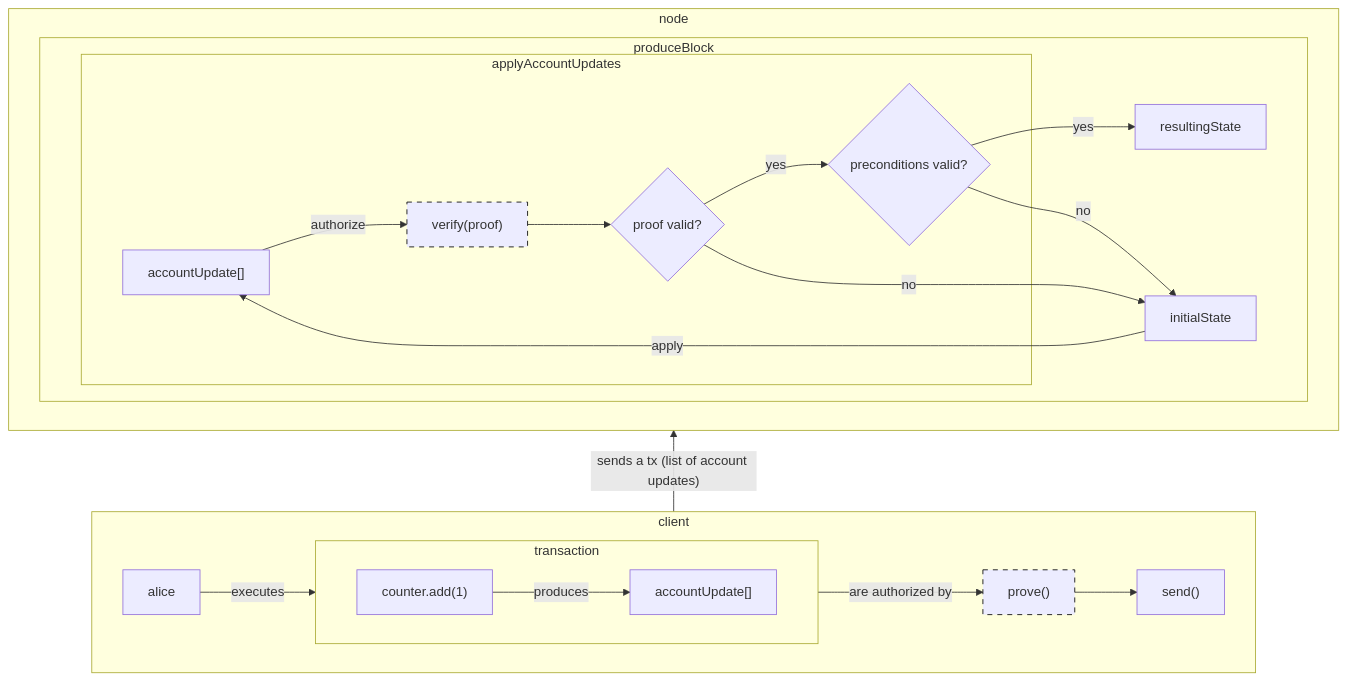
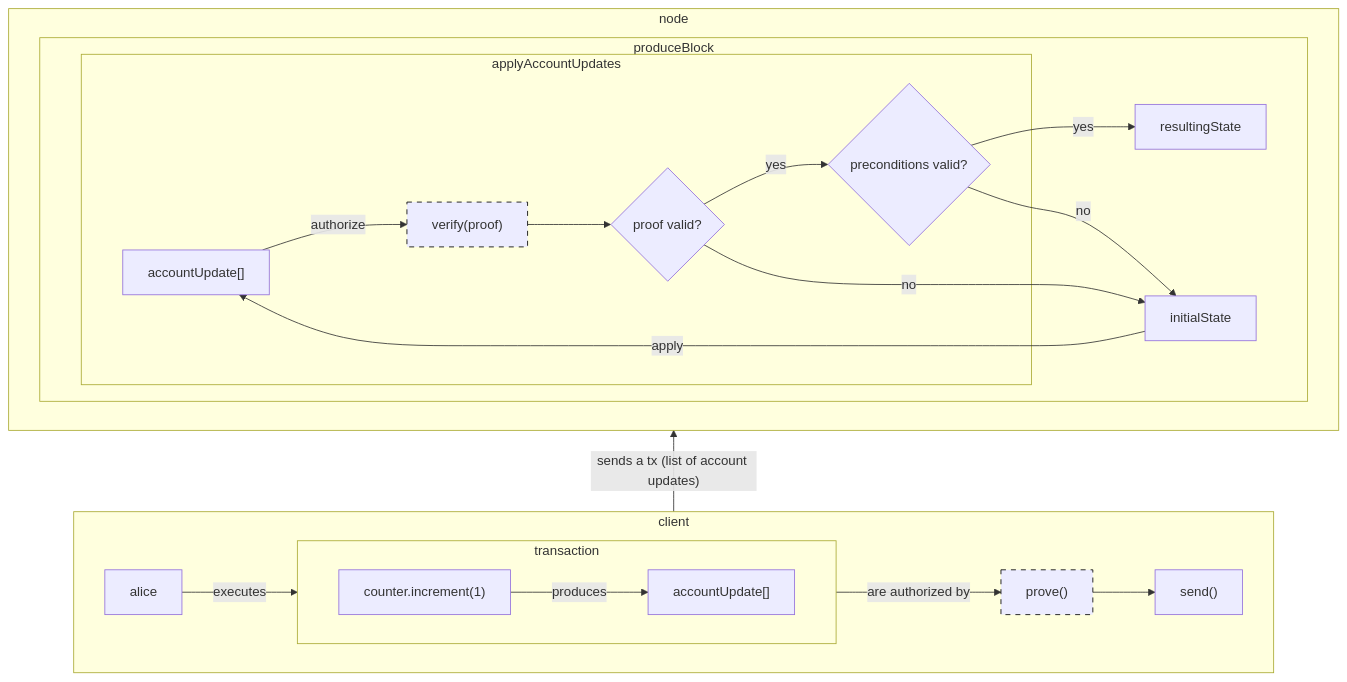
Before and after one commit to proto-kit/private-airdrop-workshop: the first of 4 diagrams in slidev/slides.md, drawn with Mermaid. The commit also changed other lines of this file and 5 other files, not shown here.

````diff
--- a/slidev/slides.md
+++ b/slidev/slides.md
@@ -215,46 +231,46 @@
 ```mermaid
 flowchart BT
     subgraph client
         direction LR
 
         subgraph transaction
             direction LR
             smartContract["smart contract"]
             accountUpdates["accountUpdate[]"]
         end
 
-        alice -- executes --> smartContract["counter.add(1)"]
+        alice -- executes --> smartContract["counter.increment(1)"]
         smartContract -- produces --> accountUpdates
         accountUpdates -- are authorized by --> prove["prove()"]
         prove --> send["send()"]
 
         style prove stroke:black,stroke-width: 1px, stroke-dasharray: 6 6;
     end
 
     subgraph node
         direction LR
         subgraph produceBlock
             direction LR
             initialState
             resultingState
 
             subgraph applyAccountUpdates
                 accountUpdates2["accountUpdate[]"]
                 verify["verify(proof)"]
                 result
                 checkPreconditions
 
                 style verify stroke:black,stroke-width: 1px, stroke-dasharray: 6 6;
             end
         end
     end
 
     client -- sends a tx (list of account updates) --> node
     initialState -- apply --> accountUpdates2
     accountUpdates2 -- authorize --> verify
     verify --> result{proof valid?}
     result --> |yes| checkPreconditions{preconditions valid?}
     result --> |no| initialState
     checkPreconditions --> |yes| resultingState
     checkPreconditions --> |no| initialState
 ```
````
